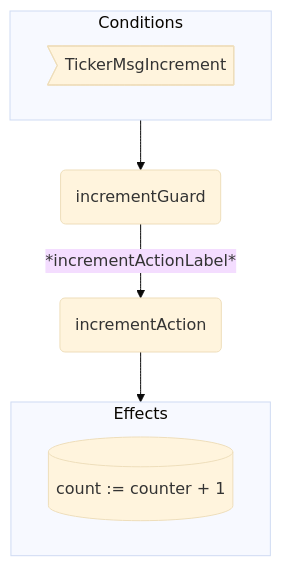
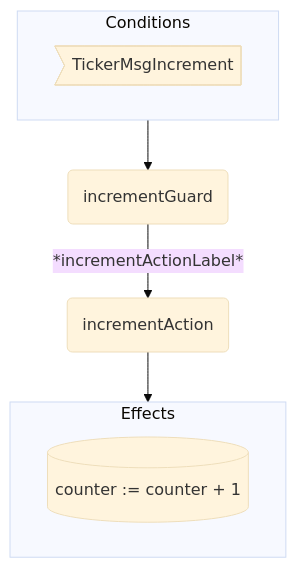
One commit to anoma/nspec changed the first of 2 diagrams in docs/arch/node/engines/ticker_behaviour.juvix.md. Above: the diagram before and after it, drawn with Mermaid (base theme). The commit also changed other lines of this file and 1 other file, not shown here.

Commit message:
diagrams: conditions&effects

````diff
--- a/docs/arch/node/engines/ticker_behaviour.juvix.md
+++ b/docs/arch/node/engines/ticker_behaviour.juvix.md
@@ -386,15 +386,15 @@
 ```mermaid
 flowchart TD
   subgraph C[Conditions]
     CMsg>TickerMsgIncrement]
   end
 
   G(incrementGuard)
   A(incrementAction)
 
   C --> G -- *incrementActionLabel* --> A --> E
 
   subgraph E[Effects]
-    EEnv[(count := counter + 1)]
+    EEnv[(counter := counter + 1)]
   end
 ```
````
